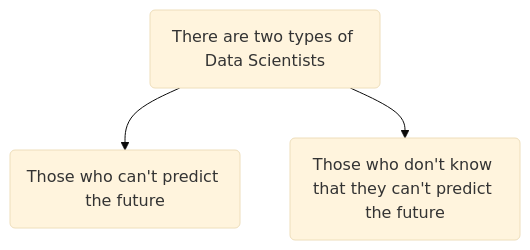
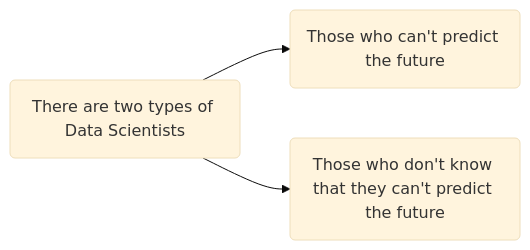
One commit to pbenavidesh/narsil changed the third of 3 diagrams in docs/forecasting/intro/intro.qmd. Above: the diagram before and after it, drawn with Mermaid (base theme). The commit also changed other lines of this file, not shown here.

Commit message:
Changed flowchart TD to LR

````diff
--- a/docs/forecasting/intro/intro.qmd
+++ b/docs/forecasting/intro/intro.qmd
@@ -135,6 +135,6 @@
 ```{mermaid}
-flowchart TD
+flowchart LR
     A(There are two types of Data Scientists)
     A-->B(Those who can't predict the future)
     A-->C(Those who don't know that they can't predict the future)
 ```
````
